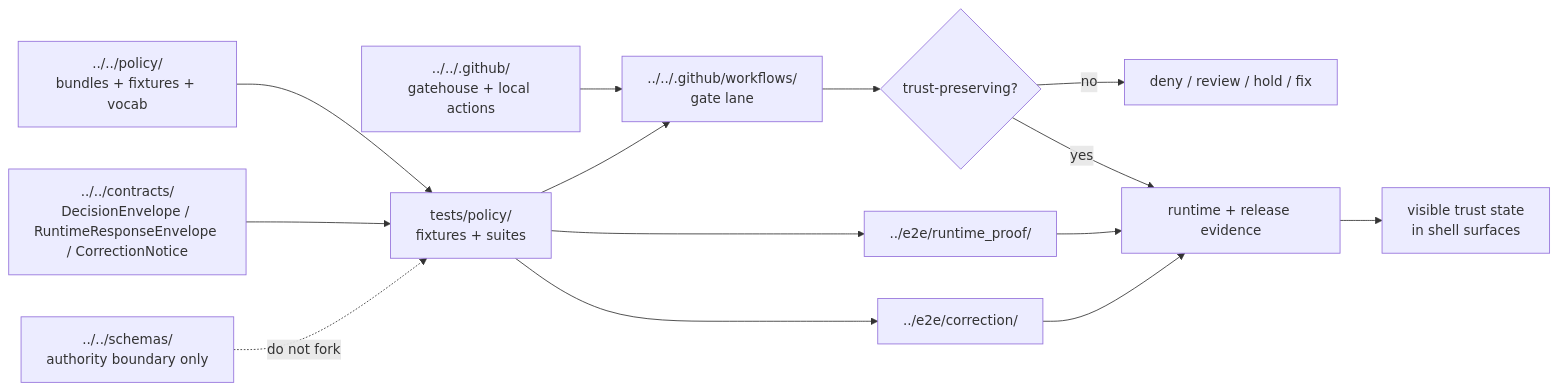
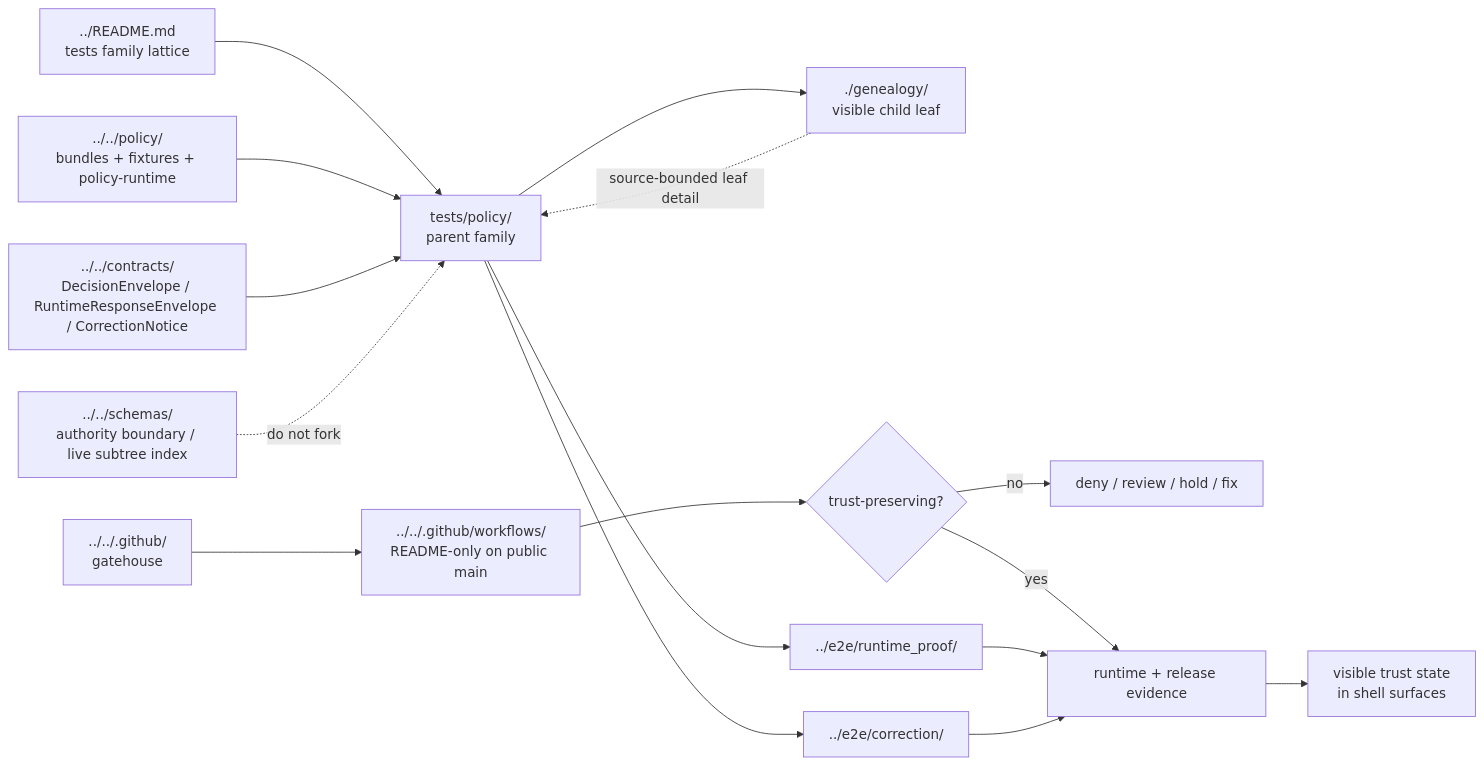
The diagram in tests/policy/README.md (bartytime4life/Kansas-Frontier-Matrix), drawn with Mermaid before and after one commit. The commit also changed other lines of this file, not shown here.

First line of the commit message:
Revise tests/policy README for clarity and accuracy

````diff
--- a/tests/policy/README.md
+++ b/tests/policy/README.md
@@ -309,16 +367,18 @@
 ```mermaid
 flowchart LR
-  PB["../../policy/<br/>bundles + fixtures + vocab"] --> TP["tests/policy/<br/>fixtures + suites"]
+  T["../README.md<br/>tests family lattice"] --> TP["tests/policy/<br/>parent family"]
+  TP --> G["./genealogy/<br/>visible child leaf"]
+  P["../../policy/<br/>bundles + fixtures + policy-runtime"] --> TP
   C["../../contracts/<br/>DecisionEnvelope / RuntimeResponseEnvelope / CorrectionNotice"] --> TP
-  S["../../schemas/<br/>authority boundary only"] -. do not fork .-> TP
-  GH["../../.github/<br/>gatehouse + local actions"] --> W["../../.github/workflows/<br/>gate lane"]
-  TP --> W
+  S["../../schemas/<br/>authority boundary / live subtree index"] -. do not fork .-> TP
+  GH["../../.github/<br/>gatehouse"] --> W["../../.github/workflows/<br/>README-only on public main"]
   TP --> RT["../e2e/runtime_proof/"]
   TP --> CO["../e2e/correction/"]
+  G -. source-bounded leaf detail .-> TP
   W --> D{"trust-preserving?"}
   D -->|no| N["deny / review / hold / fix"]
   D -->|yes| R["runtime + release evidence"]
   RT --> R
   CO --> R
   R --> V["visible trust state<br/>in shell surfaces"]
 ```
````
